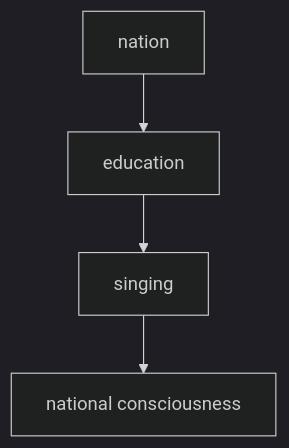
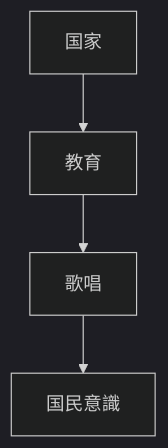
The second of 4 diagrams in en/_posts/2026-01-31-column-how-music-shapes-identity.md (monumental-movement/monumental-movement.github.io), drawn with Mermaid (dark theme) before and after one commit. The commit also changed other lines of this file and 2196 other files, not shown here.

```diff
--- a/en/_posts/2026-01-31-column-how-music-shapes-identity.md
+++ b/en/_posts/2026-01-31-column-how-music-shapes-identity.md
@@ -84,6 +84,6 @@
 <div class="mermaid">
 flowchart TD
-A[nation] --> B[education]
-B --> C[singing]
-C --> D[national consciousness]
+A[国家] --> B[教育]
+B --> C[歌唱]
+C --> D[国民意識]
 </div>
```
